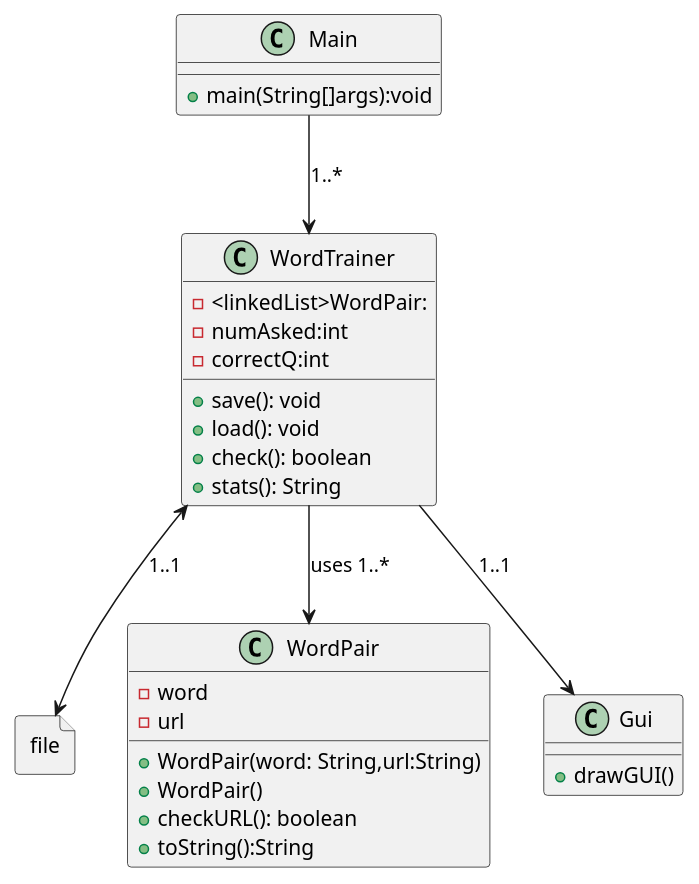
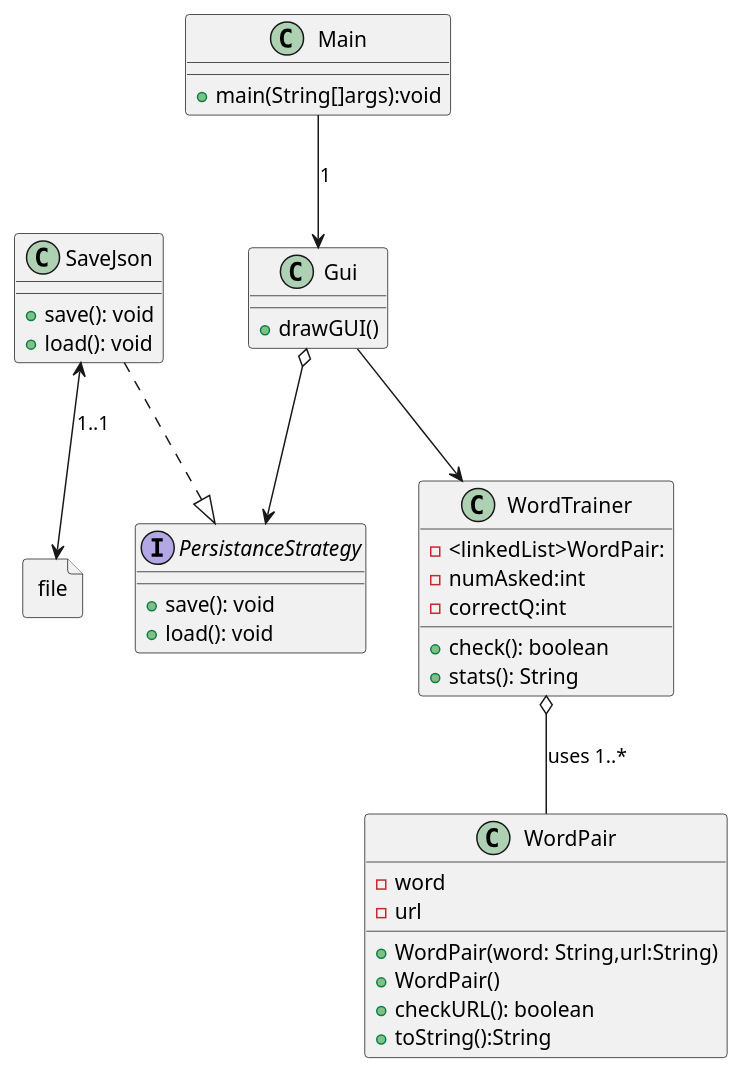
The diagram in Worttrainer4/src/main/java/UML.puml (TGM-HIT/sew9-2425-worttrainer-Ubetterbisoft), drawn with PlantUML before and after one commit. The commit also changed 1 other file, not shown here.

Commit message:
UML Overhaul

```diff
--- a/Worttrainer4/src/main/java/UML.puml
+++ b/Worttrainer4/src/main/java/UML.puml
@@ -1,45 +1,54 @@
 @startuml
 'https://plantuml.com/sequence-diagram
 
 class Main{
     +main(String[]args):void
 }
 class WordTrainer {
     -<linkedList>WordPair:
     -numAsked:int
     -correctQ:int
 
 
-    +save(): void
-    +load(): void
+
     +check(): boolean
     +stats(): String
 }
 
 class WordPair {
     - word
     - url
     +WordPair(word: String,url:String)
     +WordPair()
     +checkURL(): boolean
     + toString():String
 
 
 }
 
 class Gui {
     + drawGUI()
 
 }
+interface PersistanceStrategy{
+    +save(): void
+    +load(): void
+}
+class SaveJson{
+    +save(): void
+    +load(): void
+}
 
 file file{
 
 }
 
-WordTrainer --> WordPair: uses 1..*
-WordTrainer --> Gui:1..1
-WordTrainer <--> file:1..1
-Main -->WordTrainer: 1..*
+WordTrainer o-- WordPair: uses 1..*
+Gui --> WordTrainer
+Gui o--> PersistanceStrategy
+SaveJson <--> file:1..1
+Main --> Gui: 1
+SaveJson ..|> PersistanceStrategy
 
 
 @enduml
```
